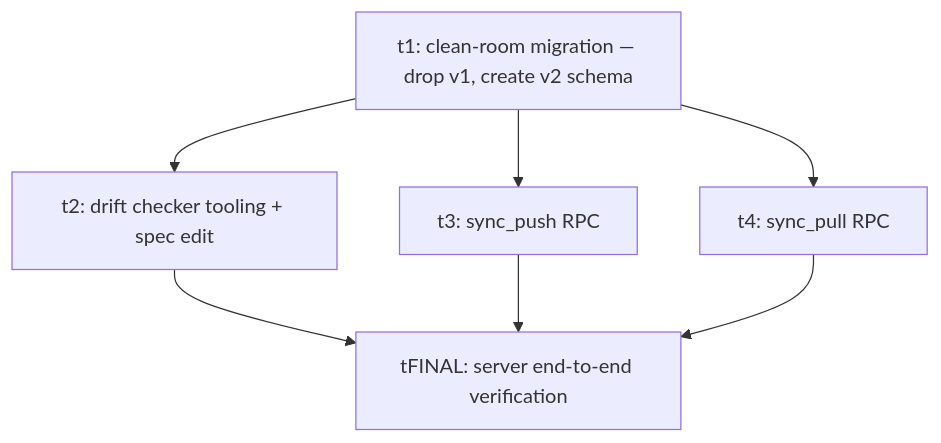
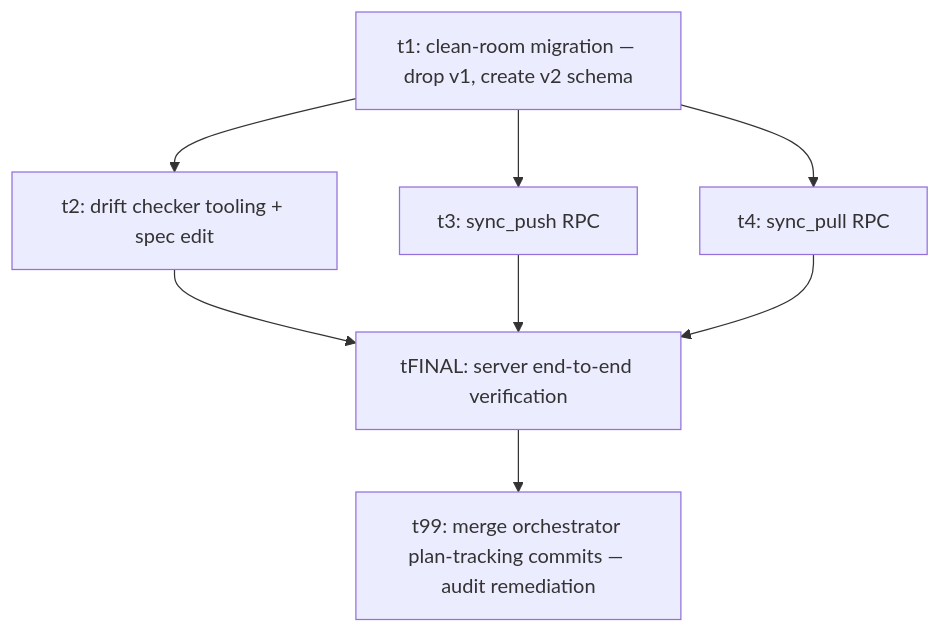
Before and after one commit to Brotherhood-of-Ghisa/BOGA3: the diagram in docs/plans/sync-v2-server/plan.md, drawn with Mermaid. The commit also changed other lines of this file and 1 other file, not shown here.

First line of the commit message:
[audit] sync-v2-server — append t99 remediation card

````diff
--- a/docs/plans/sync-v2-server/plan.md
+++ b/docs/plans/sync-v2-server/plan.md
@@ -129,15 +129,16 @@
 ```mermaid
 graph TD
   t1[t1: clean-room migration — drop v1, create v2 schema]
   t2[t2: drift checker tooling + spec edit]
   t3[t3: sync_push RPC]
   t4[t4: sync_pull RPC]
   tFINAL[tFINAL: server end-to-end verification]
 
   t1 --> t2
   t1 --> t3
   t1 --> t4
   t2 --> tFINAL
   t3 --> tFINAL
   t4 --> tFINAL
+  tFINAL --> t99[t99: merge orchestrator plan-tracking commits — audit remediation]
 ```
````
